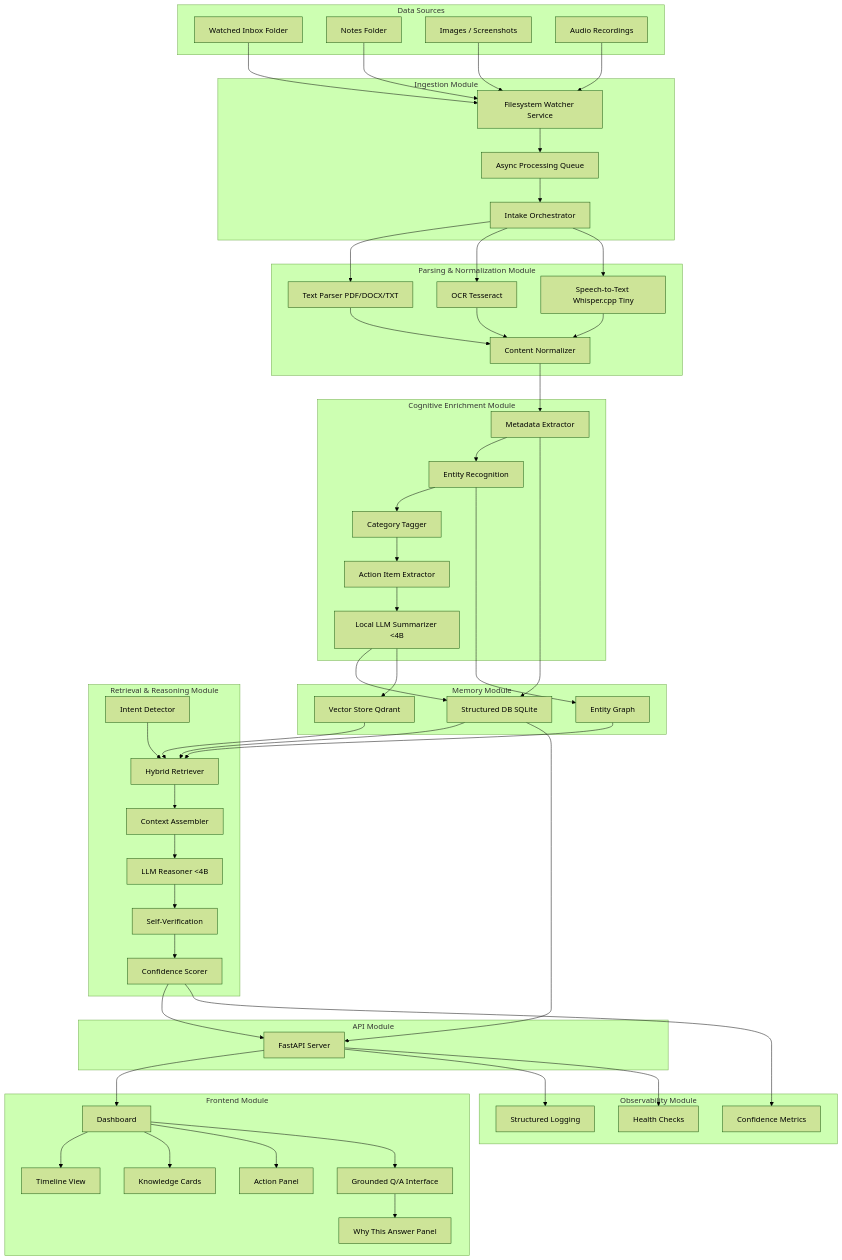
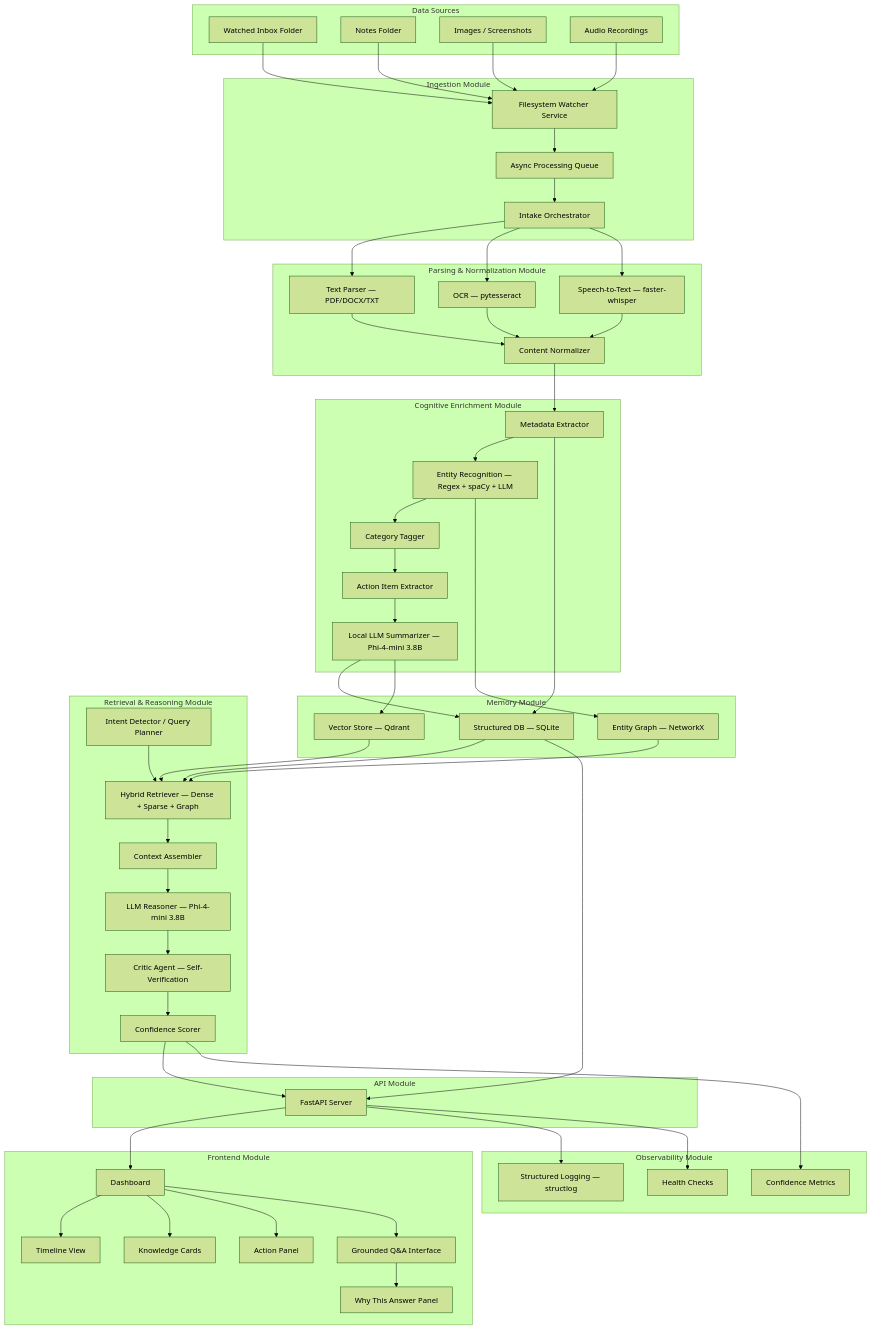
Before and after one commit to Lacoste-INSAT/AI_Minds: the diagram in ARCHITECTURE.md, drawn with Mermaid (forest theme). The commit also changed other lines of this file and 1 other file, not shown here.

First line of the commit message:
Synapsis v3.0: Full architecture rewrite + Phi-4-mini upgrade

````diff
--- a/ARCHITECTURE.md
+++ b/ARCHITECTURE.md
@@ -40,9 +47,6 @@
 ```mermaid
 graph TD
 
-    %% =========================
-    %% DATA SOURCES
-    %% =========================
     subgraph "Data Sources"
         FOLDER[Watched Inbox Folder]
         NOTES[Notes Folder]
@@ -50,120 +54,82 @@
         AUDIO[Audio Recordings]
     end
 
-    %% =========================
-    %% INGESTION MODULES
-    %% =========================
     subgraph "Ingestion Module"
         WATCH[Filesystem Watcher Service]
         QUEUE[Async Processing Queue]
         INTAKE[Intake Orchestrator]
     end
 
-    %% =========================
-    %% PARSING & NORMALIZATION MODULE
-    %% =========================
     subgraph "Parsing & Normalization Module"
-        TXT[Text Parser PDF/DOCX/TXT]
-        OCR[OCR Tesseract]
-        AUD[Speech-to-Text Whisper.cpp Tiny]
+        TXT[Text Parser — PDF/DOCX/TXT]
+        OCR[OCR — pytesseract]
+        AUD[Speech-to-Text — faster-whisper]
         CLEAN[Content Normalizer]
     end
 
-    %% =========================
-    %% COGNITIVE ENRICHMENT MODULE
-    %% =========================
     subgraph "Cognitive Enrichment Module"
         META[Metadata Extractor]
-        ENT[Entity Recognition]
+        ENT[Entity Recognition — Regex + spaCy + LLM]
         CAT[Category Tagger]
         ACT[Action Item Extractor]
-        SUM[Local LLM Summarizer <4B]
+        SUM[Local LLM Summarizer — Phi-4-mini 3.8B]
     end
 
-    %% =========================
-    %% MEMORY MODULE
-    %% =========================
     subgraph "Memory Module"
-        STRUCT[Structured DB SQLite]
-        VECTOR[Vector Store Qdrant]
-        GRAPH[Entity Graph]
+        STRUCT[Structured DB — SQLite]
+        VECTOR[Vector Store — Qdrant]
+        GRAPH[Entity Graph — NetworkX]
     end
 
-    %% =========================
-    %% RETRIEVAL & REASONING MODULE
-    %% =========================
     subgraph "Retrieval & Reasoning Module"
-        INTENT[Intent Detector]
-        RETR[Hybrid Retriever]
+        INTENT[Intent Detector / Query Planner]
+        RETR[Hybrid Retriever — Dense + Sparse + Graph]
         CONTEXT[Context Assembler]
-        LLM[LLM Reasoner <4B]
-        VERIFY[Self-Verification]
+        LLM[LLM Reasoner — Phi-4-mini 3.8B]
+        VERIFY[Critic Agent — Self-Verification]
         CONF[Confidence Scorer]
     end
 
-    %% =========================
-    %% API MODULE
-    %% =========================
     subgraph "API Module"
         BACKEND[FastAPI Server]
     end
 
-    %% =========================
-    %% FRONTEND MODULE
-    %% =========================
     subgraph "Frontend Module"
         DASH[Dashboard]
         TIMELINE[Timeline View]
         CARDS[Knowledge Cards]
         ACTIONS[Action Panel]
-        CHAT[Grounded Q/A Interface]
+        CHAT[Grounded Q&A Interface]
         SOURCE[Why This Answer Panel]
     end
 
-    %% =========================
-    %% OBSERVABILITY MODULE
-    %% =========================
     subgraph "Observability Module"
-        LOG[Structured Logging]
+        LOG[Structured Logging — structlog]
         HEALTH[Health Checks]
         METRIC[Confidence Metrics]
     end
 
-    %% =========================
-    %% FLOWS
-    %% =========================
-
-    %% Data Sources -> Ingestion
     FOLDER --> WATCH
     NOTES --> WATCH
     SCREEN --> WATCH
     AUDIO --> WATCH
-
     WATCH --> QUEUE
     QUEUE --> INTAKE
-
-    %% Ingestion -> Parsing
     INTAKE --> TXT
     INTAKE --> OCR
     INTAKE --> AUD
-
-    %% Parsing -> Normalization & Enrichment
     TXT --> CLEAN
     OCR --> CLEAN
     AUD --> CLEAN
-
     CLEAN --> META
     META --> ENT
     ENT --> CAT
     CAT --> ACT
     ACT --> SUM
-
     SUM --> STRUCT
     META --> STRUCT
     ENT --> GRAPH
     SUM --> VECTOR
-
-    %% Memory -> Retrieval/Reasoning
     STRUCT --> RETR
     VECTOR --> RETR
     GRAPH --> RETR
@@ -174,16 +140,12 @@
     VERIFY --> CONF
     CONF --> BACKEND
     STRUCT --> BACKEND
-
-    %% API -> Frontend
     BACKEND --> DASH
     DASH --> TIMELINE
     DASH --> CARDS
     DASH --> ACTIONS
     DASH --> CHAT
     CHAT --> SOURCE
-
-    %% Observability
     BACKEND --> LOG
     BACKEND --> HEALTH
     CONF --> METRIC
````
